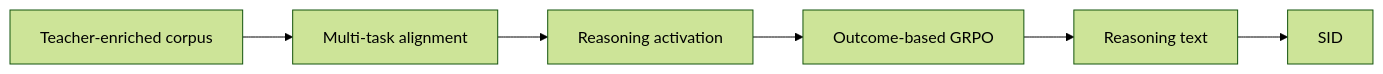
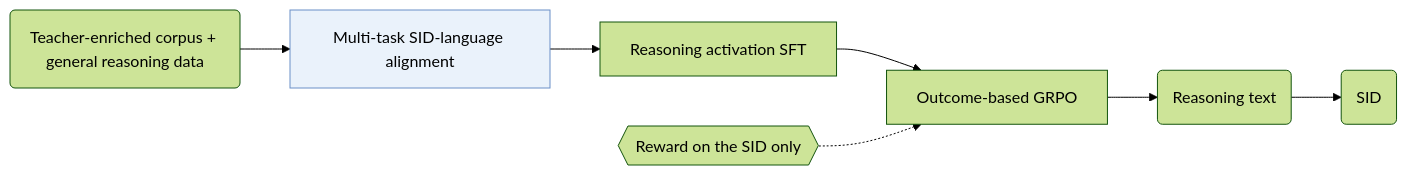
One commit to Galaxy-ghost/Awesome-SID-Generative-Rec changed the diagram in notes/sidreasoner.md. Above: the diagram before and after it, drawn with Mermaid (forest theme). The commit also changed 521 other files, not shown here.

Commit message:
writer-04 part 3: algorithm diagrams with shared shape conventions, README hero and paper cards, archive removed

````diff
--- a/notes/sidreasoner.md
+++ b/notes/sidreasoner.md
@@ -13,8 +13,10 @@
 ```mermaid
 flowchart LR
-    A[Teacher-enriched corpus] --> B[Multi-task alignment]
-    B --> C[Reasoning activation]
-    C --> D[Outcome-based GRPO]
-    D --> E[Reasoning text]
-    E --> F[SID]
+    A("Teacher-enriched corpus + general reasoning data") --> B["Multi-task SID-language alignment"]:::key
+    B --> C["Reasoning activation SFT"]
+    C --> D["Outcome-based GRPO"]
+    L1{{"Reward on the SID only"}} -.-> D
+    D --> E("Reasoning text")
+    E --> F("SID")
+    classDef key fill:#eaf2fb,stroke:#6b8fc7
 ```
````
